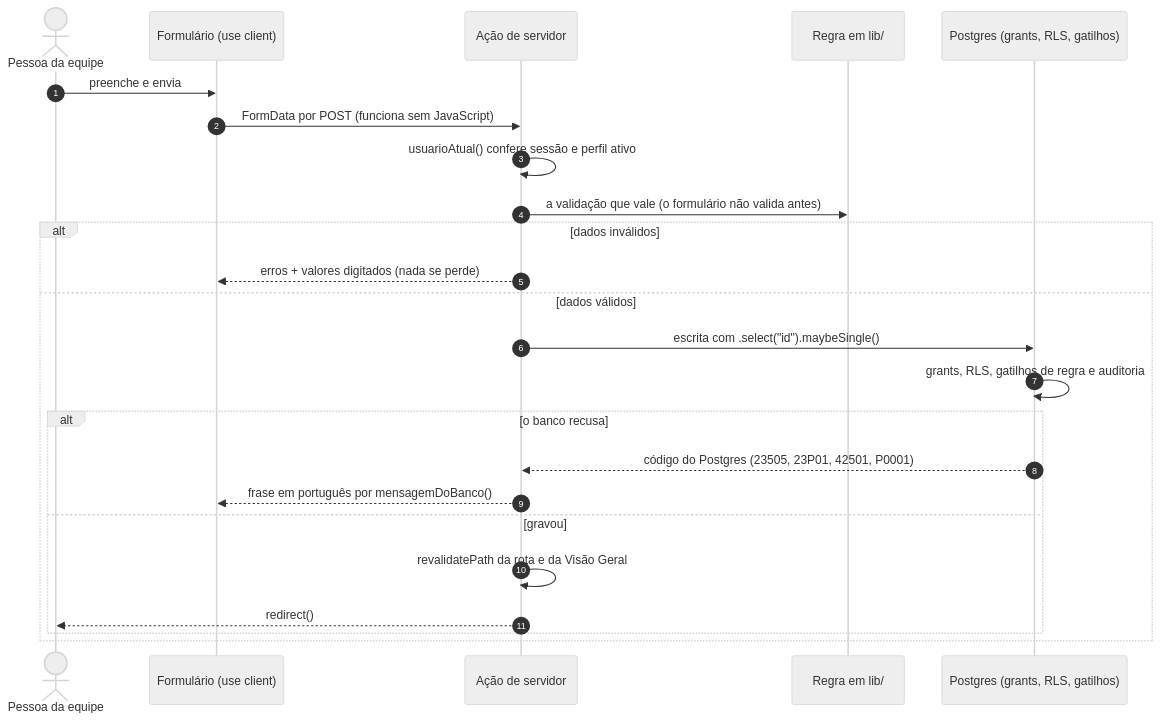
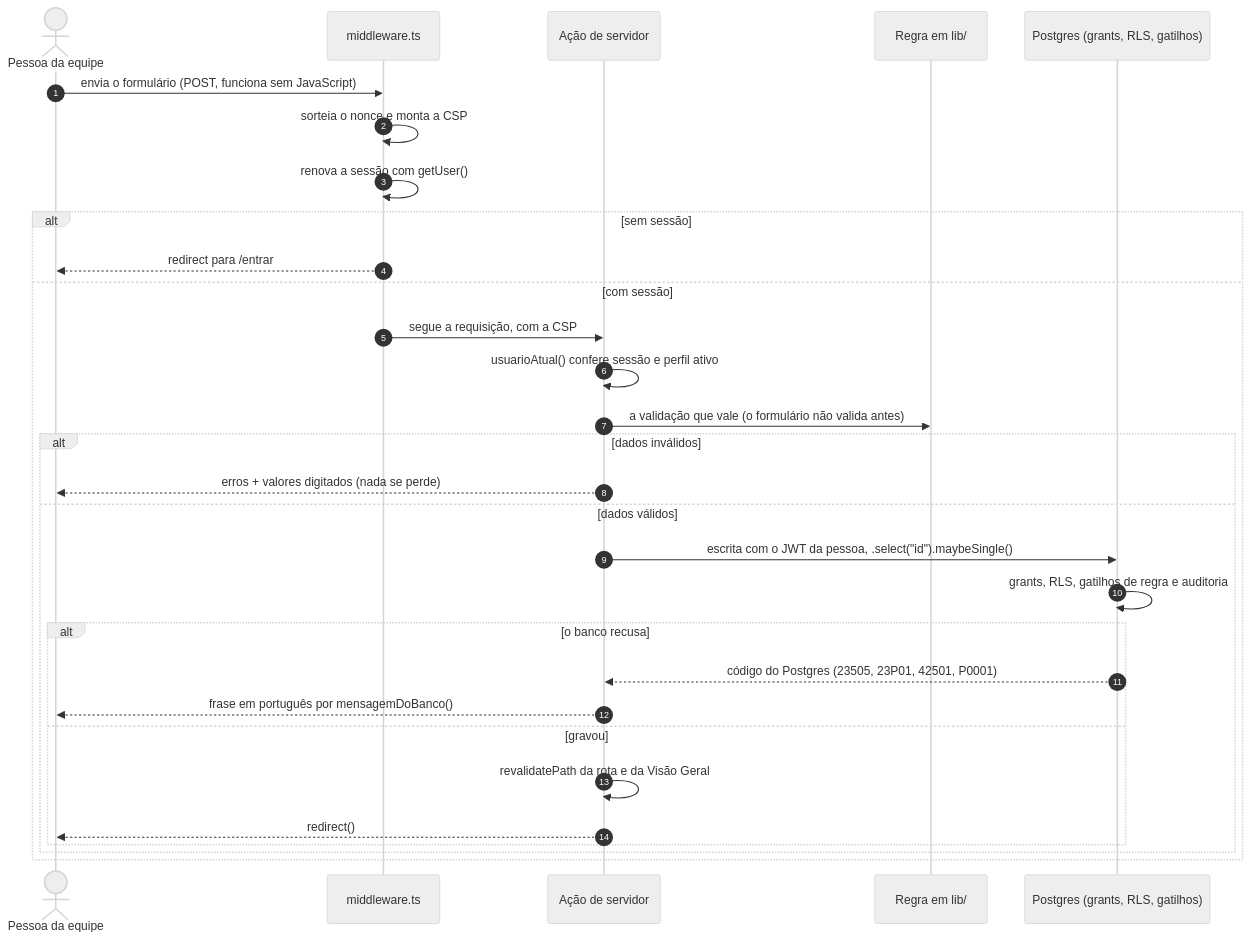
The first of 3 diagrams in README.md (felipemenezes25000-spec/cockpit-repo), drawn with Mermaid (neutral theme) before and after one commit. The commit also changed other lines of this file and 7 other files, not shown here.

````diff
--- a/README.md
+++ b/README.md
@@ -222,26 +258,32 @@
 ```mermaid
 sequenceDiagram
     autonumber
     actor P as Pessoa da equipe
-    participant F as Formulário (use client)
+    participant M as middleware.ts
     participant A as Ação de servidor
     participant L as Regra em lib/
     participant B as Postgres (grants, RLS, gatilhos)
-    P->>F: preenche e envia
-    F->>A: FormData por POST (funciona sem JavaScript)
-    A->>A: usuarioAtual() confere sessão e perfil ativo
-    A->>L: a validação que vale (o formulário não valida antes)
-    alt dados inválidos
-        A-->>F: erros + valores digitados (nada se perde)
-    else dados válidos
-        A->>B: escrita com .select("id").maybeSingle()
-        B->>B: grants, RLS, gatilhos de regra e auditoria
-        alt o banco recusa
-            B-->>A: código do Postgres (23505, 23P01, 42501, P0001)
-            A-->>F: frase em português por mensagemDoBanco()
-        else gravou
-            A->>A: revalidatePath da rota e da Visão Geral
-            A-->>P: redirect()
+    P->>M: envia o formulário (POST, funciona sem JavaScript)
+    M->>M: sorteia o nonce e monta a CSP
+    M->>M: renova a sessão com getUser()
+    alt sem sessão
+        M-->>P: redirect para /entrar
+    else com sessão
+        M->>A: segue a requisição, com a CSP
+        A->>A: usuarioAtual() confere sessão e perfil ativo
+        A->>L: a validação que vale (o formulário não valida antes)
+        alt dados inválidos
+            A-->>P: erros + valores digitados (nada se perde)
+        else dados válidos
+            A->>B: escrita com o JWT da pessoa, .select("id").maybeSingle()
+            B->>B: grants, RLS, gatilhos de regra e auditoria
+            alt o banco recusa
+                B-->>A: código do Postgres (23505, 23P01, 42501, P0001)
+                A-->>P: frase em português por mensagemDoBanco()
+            else gravou
+                A->>A: revalidatePath da rota e da Visão Geral
+                A-->>P: redirect()
+            end
         end
     end
 ```
````
